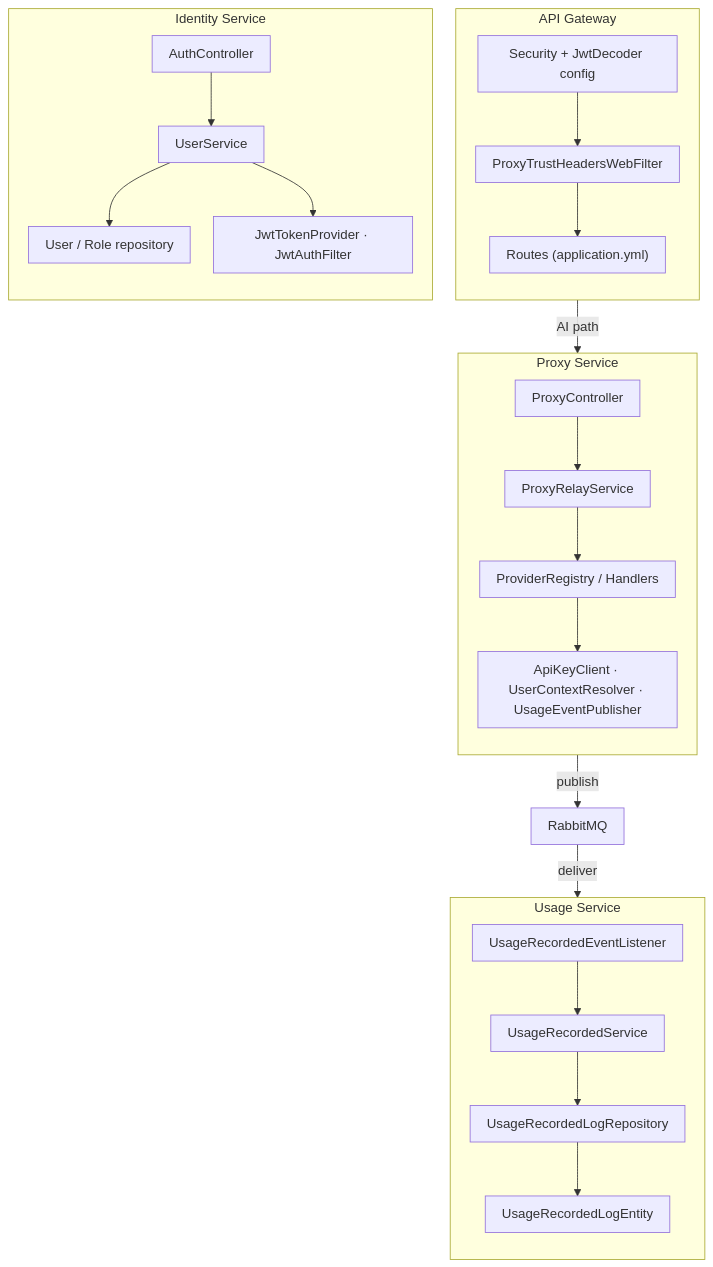
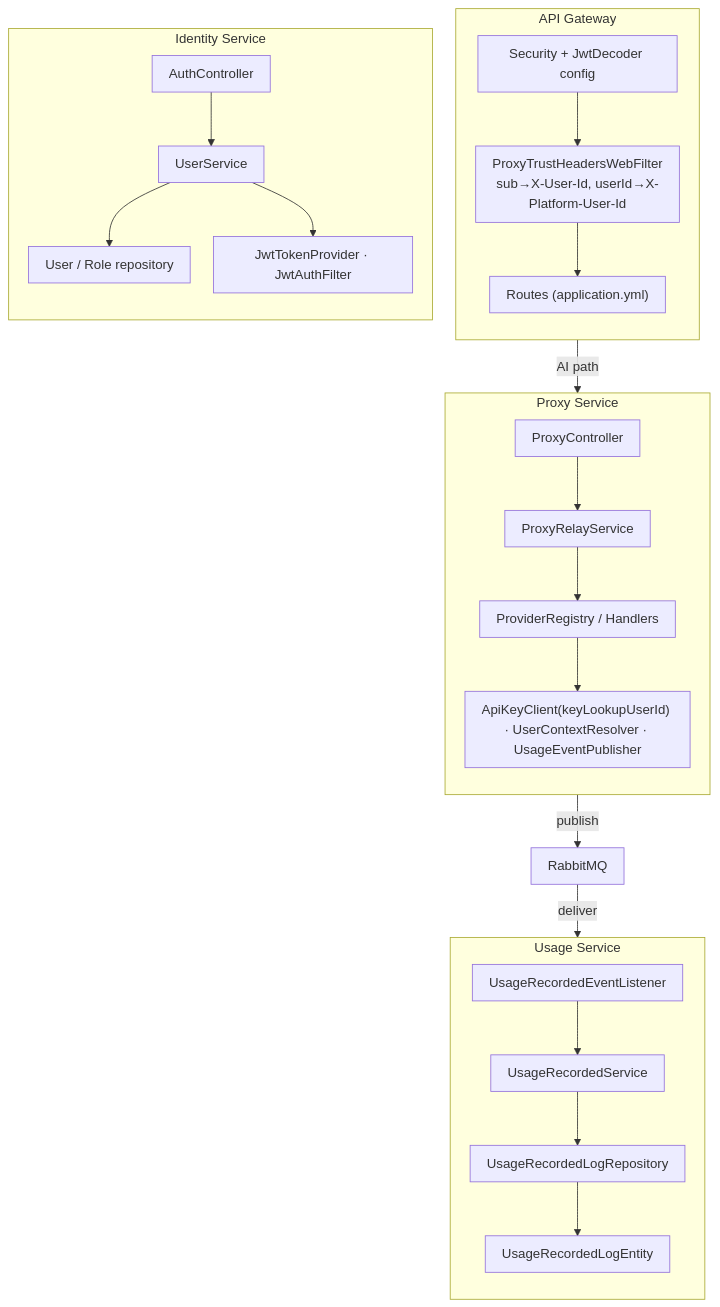
One commit to Zero-Bug-Freinds/ai-api-usage-monitor changed the third of 11 diagrams in docs/c4-architecture-diagrams.md. Above: the diagram before and after it, drawn with Mermaid. The commit also changed other lines of this file and 3 other files, not shown here.

````diff
--- a/docs/c4-architecture-diagrams.md
+++ b/docs/c4-architecture-diagrams.md
@@ -111,45 +113,45 @@
 ```mermaid
 %%{init: {'flowchart': {'htmlLabels': true, 'nodeSpacing': 28, 'rankSpacing': 40, 'padding': 10}}}%%
 flowchart TB
   subgraph GW["API Gateway"]
     direction TB
     gwSec["Security + JwtDecoder config"]
-    gwFilter["ProxyTrustHeadersWebFilter"]
+    gwFilter["ProxyTrustHeadersWebFilter<br/>sub→X-User-Id, userId→X-Platform-User-Id"]
     gwRoute["Routes (application.yml)"]
     gwSec --> gwFilter --> gwRoute
   end
 
   subgraph PX["Proxy Service"]
     direction TB
     pxCtl["ProxyController"]
     pxRelay["ProxyRelayService"]
     pxReg["ProviderRegistry / Handlers"]
-    pxRow["ApiKeyClient · UserContextResolver · UsageEventPublisher"]
+    pxRow["ApiKeyClient(keyLookupUserId) · UserContextResolver · UsageEventPublisher"]
     pxCtl --> pxRelay --> pxReg --> pxRow
   end
 
   RABBIT["RabbitMQ"]
 
   subgraph US["Usage Service"]
     direction TB
     usListener["UsageRecordedEventListener"]
     usSvc["UsageRecordedService"]
     usRepo["UsageRecordedLogRepository"]
     usEntity["UsageRecordedLogEntity"]
     usListener --> usSvc --> usRepo --> usEntity
   end
 
   subgraph ID["Identity Service"]
     direction TB
     idCtl["AuthController"]
     idSvc["UserService"]
     idRepo["User / Role repository"]
     idJwt["JwtTokenProvider · JwtAuthFilter"]
     idCtl --> idSvc --> idRepo
     idSvc --> idJwt
   end
 
   GW -->|AI path| PX
   PX -->|publish| RABBIT
   RABBIT -->|deliver| US
 ```
````
